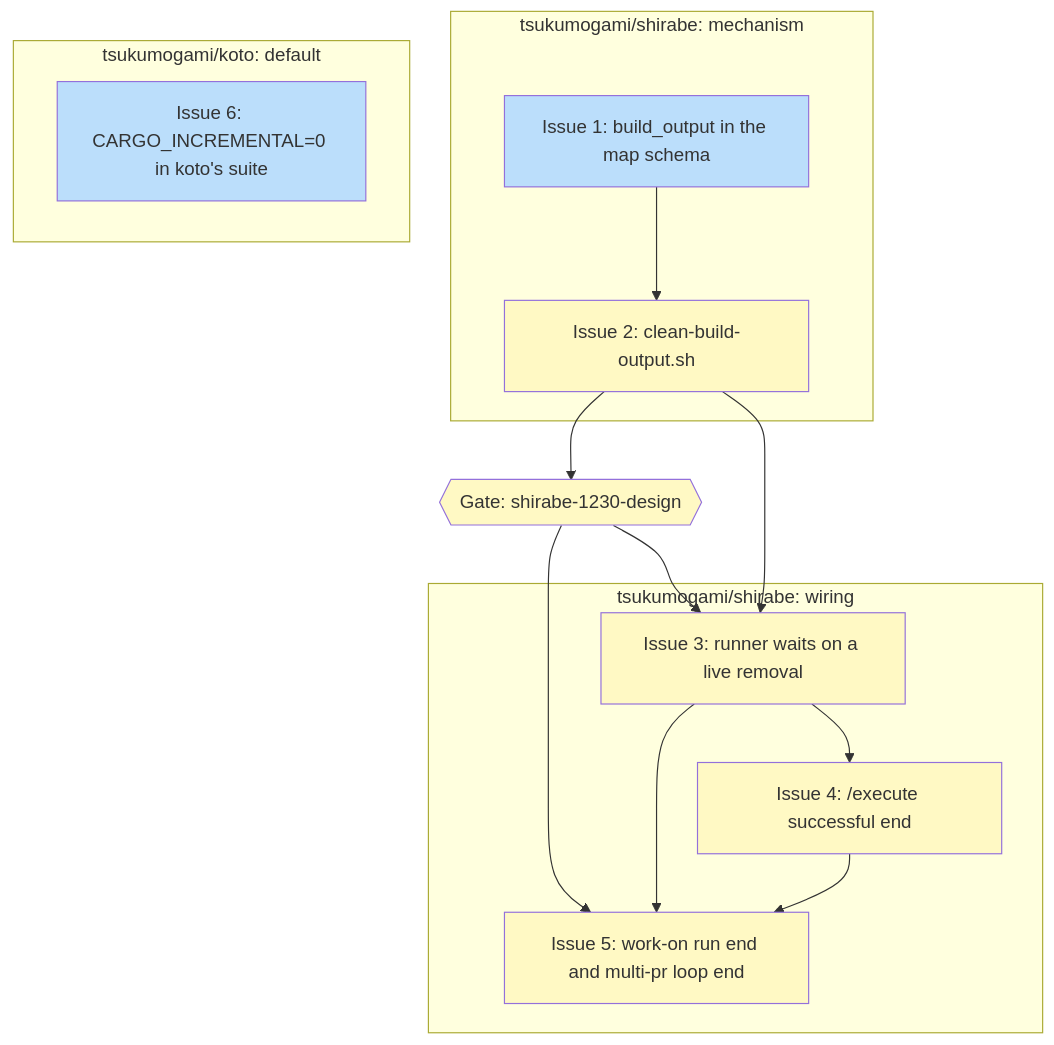
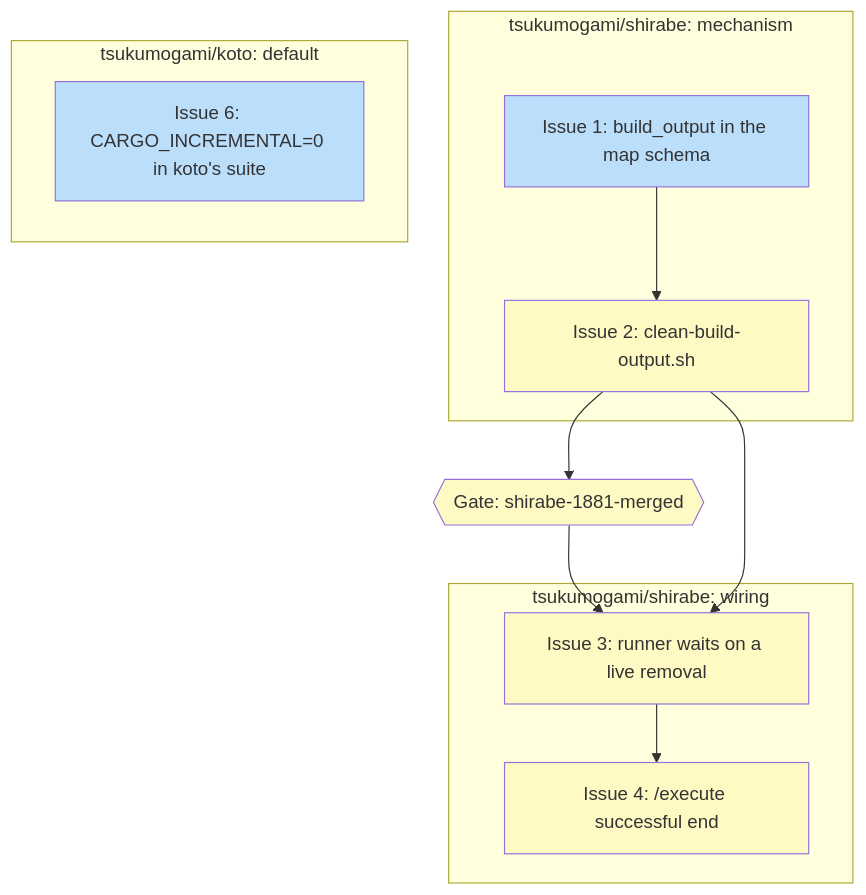
One commit to tsukumogami/shirabe changed the diagram in docs/plans/PLAN-build-output.md. Above: the diagram before and after it, drawn with Mermaid. The commit also changed other lines of this file and 2 other files, not shown here.

First line of the commit message:
docs(design): cut the work-on run's end to #1903 and land the /execute path

````diff
--- a/docs/plans/PLAN-build-output.md
+++ b/docs/plans/PLAN-build-output.md
@@ -334,41 +275,37 @@
 ```mermaid
 graph TD
     subgraph shirabe_mechanism["tsukumogami/shirabe: mechanism"]
         I1["Issue 1: build_output in the map schema"]
         I2["Issue 2: clean-build-output.sh"]
     end
 
-    G1{{"Gate: shirabe-1230-design"}}
+    G1{{"Gate: shirabe-1881-merged"}}
 
     subgraph shirabe_wiring["tsukumogami/shirabe: wiring"]
         I3["Issue 3: runner waits on a live removal"]
         I4["Issue 4: /execute successful end"]
-        I5["Issue 5: work-on run end and multi-pr loop end"]
     end
 
     subgraph koto_default["tsukumogami/koto: default"]
         I6["Issue 6: CARGO_INCREMENTAL=0 in koto's suite"]
     end
 
     I1 --> I2
     I2 --> G1
     G1 --> I3
-    G1 --> I5
     I2 --> I3
     I3 --> I4
-    I3 --> I5
-    I4 --> I5
 
     classDef done fill:#c8e6c9
     classDef ready fill:#bbdefb
     classDef blocked fill:#fff9c4
     classDef needsDesign fill:#e1bee7
     classDef needsPrd fill:#b3e5fc
     classDef needsSpike fill:#ffcdd2
     classDef needsDecision fill:#d1c4e9
     classDef tracksDesign fill:#FFE0B2,stroke:#F57C00,color:#000
     classDef tracksPlan fill:#FFE0B2,stroke:#F57C00,color:#000
 
     class I1,I6 ready
-    class I2,I3,I4,I5,G1 blocked
+    class I2,I3,I4,G1 blocked
 ```
````
